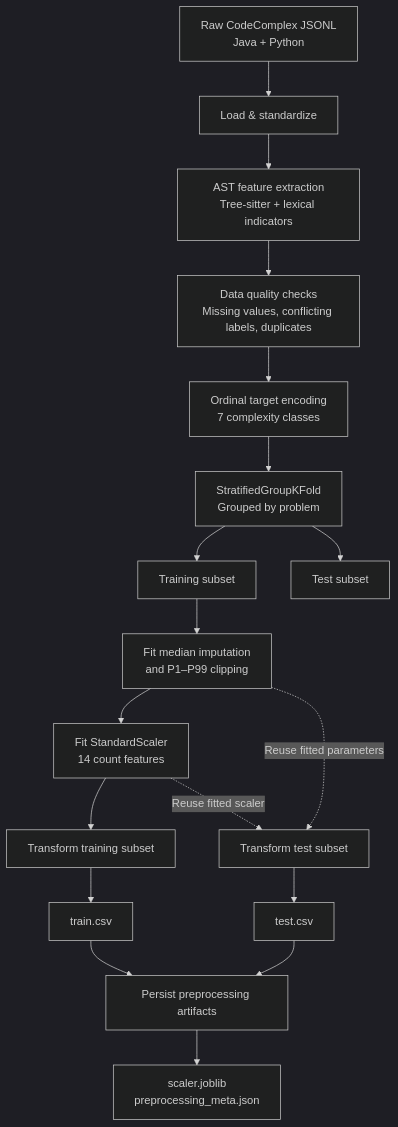
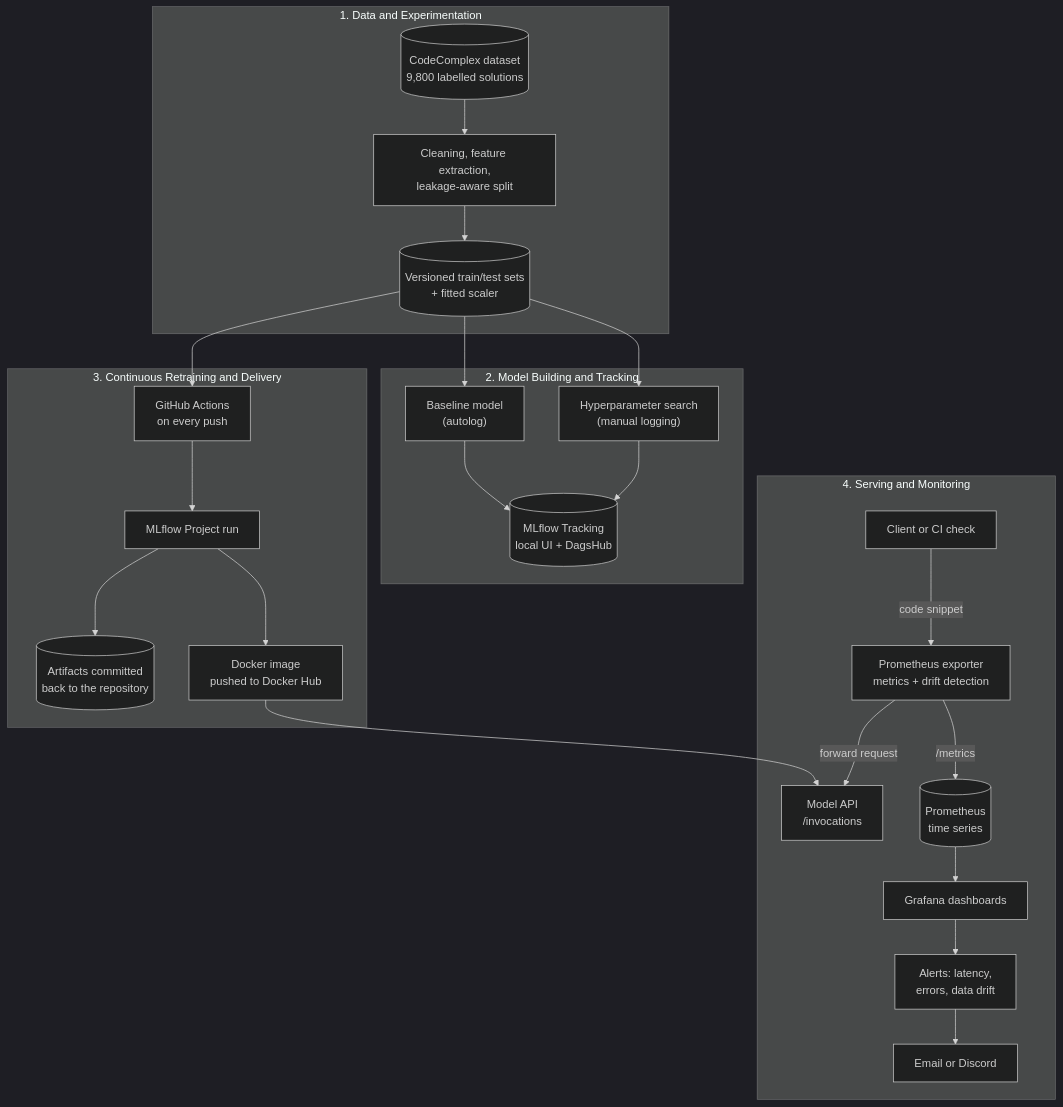
One commit to bryannoels/Eksperimen_SML_BryanNoel changed the third of 8 diagrams in README.md. Above: the diagram before and after it, drawn with Mermaid (dark theme). The commit also changed other lines of this file, not shown here.

````diff
--- a/README.md
+++ b/README.md
@@ -25,20 +86,31 @@
 ```mermaid
-flowchart TD
-    A["Raw CodeComplex JSONL<br/>Java + Python"] --> B["Load & standardize"]
-    B --> C["AST feature extraction<br/>Tree-sitter + lexical indicators"]
-    C --> D["Data quality checks<br/>Missing values, conflicting labels, duplicates"]
-    D --> E["Ordinal target encoding<br/>7 complexity classes"]
-    E --> F["StratifiedGroupKFold<br/>Grouped by problem"]
-    F --> G["Training subset"]
-    F --> H["Test subset"]
-    G --> I["Fit median imputation<br/>and P1–P99 clipping"]
-    I --> J["Fit StandardScaler<br/>14 count features"]
-    J --> K["Transform training subset"]
-    I -. "Reuse fitted parameters" .-> L["Transform test subset"]
-    J -. "Reuse fitted scaler" .-> L
-    K --> M["train.csv"]
-    L --> N["test.csv"]
-    M --> O["Persist preprocessing artifacts"]
-    N --> O
-    O --> P["scaler.joblib<br/>preprocessing_meta.json"]
+flowchart TB
+    subgraph DATA["1. Data and Experimentation"]
+        D1[("CodeComplex dataset<br/>9,800 labelled solutions")] --> D2["Cleaning, feature extraction,<br/>leakage-aware split"]
+        D2 --> D3[("Versioned train/test sets<br/>+ fitted scaler")]
+    end
+
+    subgraph TRAIN["2. Model Building and Tracking"]
+        D3 --> T1["Baseline model<br/>(autolog)"]
+        D3 --> T2["Hyperparameter search<br/>(manual logging)"]
+        T1 --> T3[("MLflow Tracking<br/>local UI + DagsHub")]
+        T2 --> T3
+    end
+
+    subgraph CI["3. Continuous Retraining and Delivery"]
+        D3 --> C1["GitHub Actions<br/>on every push"]
+        C1 --> C2["MLflow Project run"]
+        C2 --> C3[("Artifacts committed<br/>back to the repository")]
+        C2 --> C4["Docker image<br/>pushed to Docker Hub"]
+    end
+
+    subgraph OPS["4. Serving and Monitoring"]
+        C4 --> O1["Model API<br/>/invocations"]
+        CLIENT["Client or CI check"] -->|"code snippet"| O2["Prometheus exporter<br/>metrics + drift detection"]
+        O2 -->|"forward request"| O1
+        O2 -->|"/metrics"| O3[("Prometheus<br/>time series")]
+        O3 --> O4["Grafana dashboards"]
+        O4 --> O5["Alerts: latency,<br/>errors, data drift"]
+        O5 --> O6["Email or Discord"]
+    end
 ```
````
